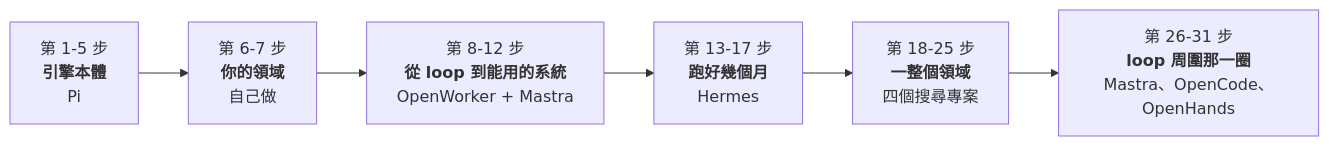
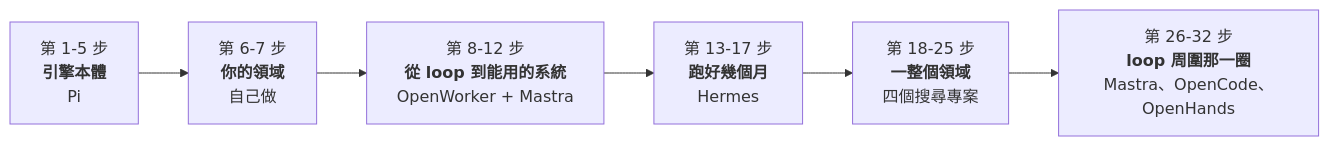
One commit to whereissam/learn-agent-engineering-from-production changed the second of 2 diagrams in README.zh-TW.md. Above: the diagram before and after it, drawn with Mermaid. The commit also changed other lines of this file and 18 other files, not shown here.

````diff
--- a/README.zh-TW.md
+++ b/README.zh-TW.md
@@ -63,8 +63,8 @@
 ```mermaid
 flowchart LR
     P1["第 1-5 步<br/><b>引擎本體</b><br/>Pi"] --> P2["第 6-7 步<br/><b>你的領域</b><br/>自己做"]
     P2 --> P3["第 8-12 步<br/><b>從 loop 到能用的系統</b><br/>OpenWorker + Mastra"]
     P3 --> P4["第 13-17 步<br/><b>跑好幾個月</b><br/>Hermes"]
     P4 --> P5["第 18-25 步<br/><b>一整個領域</b><br/>四個搜尋專案"]
-    P5 --> P6["第 26-31 步<br/><b>loop 周圍那一圈</b><br/>Mastra、OpenCode、OpenHands"]
+    P5 --> P6["第 26-32 步<br/><b>loop 周圍那一圈</b><br/>Mastra、OpenCode、OpenHands"]
 ```
````
